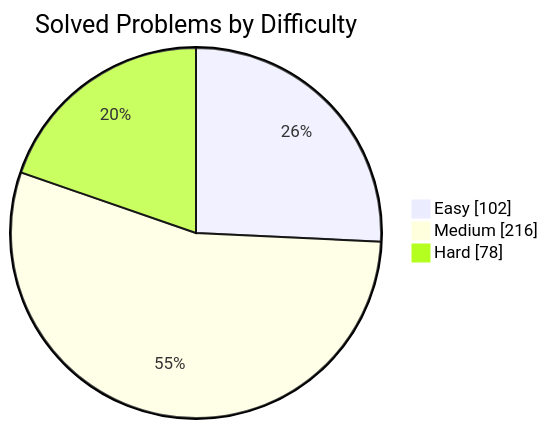
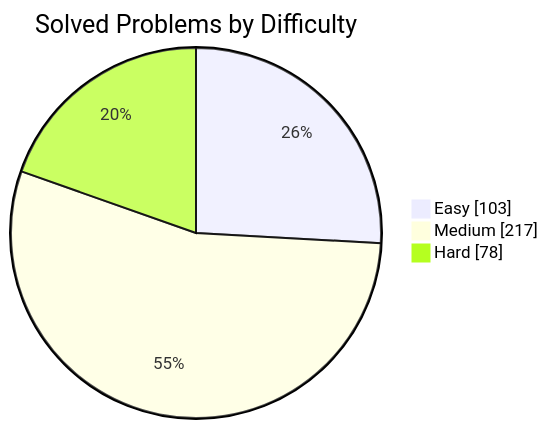
Before and after one commit to manikantbindass/DSA-Preparation-FAANG: the first of 2 diagrams in README.md, drawn with Mermaid. The commit also changed other lines of this file and 1 other file, not shown here.

````diff
--- a/README.md
+++ b/README.md
@@ -77,7 +77,7 @@
 ```mermaid
 pie showData
     title Solved Problems by Difficulty
-    "Easy" : 102
-    "Medium" : 216
+    "Easy" : 103
+    "Medium" : 217
     "Hard" : 78
 ```
````
